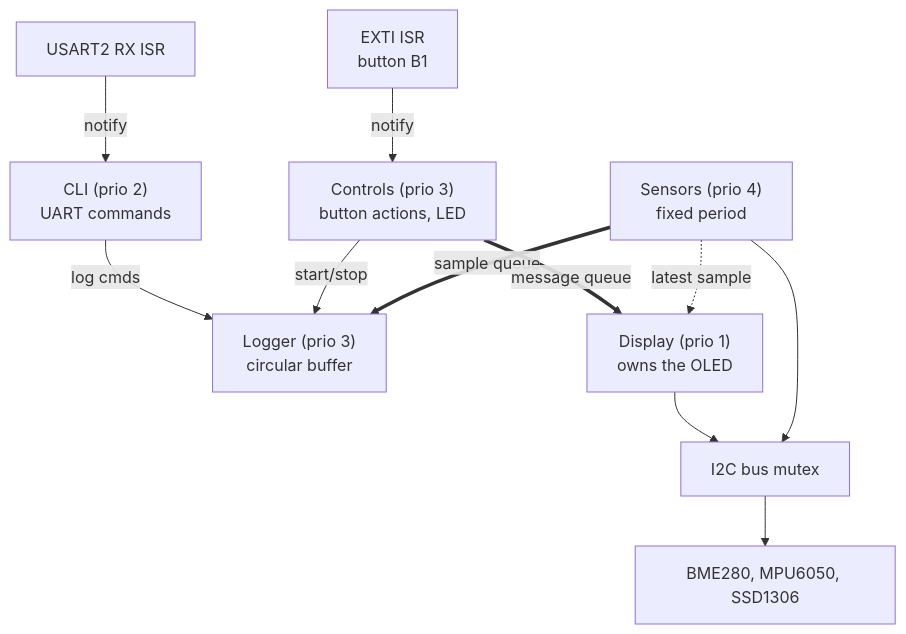
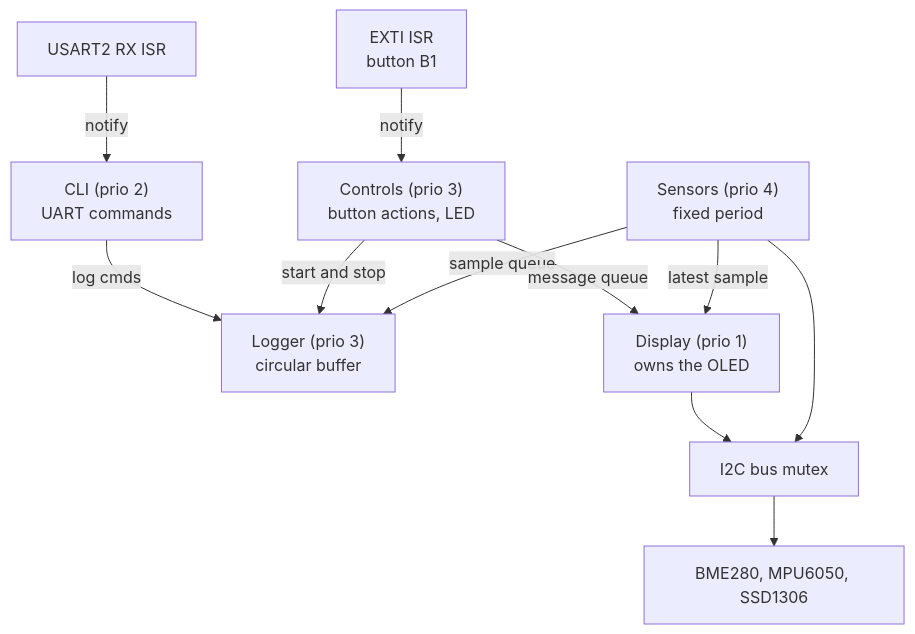
One commit to KKapsimalis1/stm32-sensor-datalogger changed the second of 2 diagrams in README.md. Above: the diagram before and after it, drawn with Mermaid. The commit also changed other lines of this file, not shown here.

Commit message:
Fix mermaid diagrams in README

````diff
--- a/README.md
+++ b/README.md
@@ -96,24 +96,24 @@
 ```mermaid
 flowchart TB
     EXTI["EXTI ISR<br/>button B1"]
     RX["USART2 RX ISR"]
 
     CTRL["Controls (prio 3)<br/>button actions, LED"]
     CLI["CLI (prio 2)<br/>UART commands"]
     SENS["Sensors (prio 4)<br/>fixed period"]
     LOG["Logger (prio 3)<br/>circular buffer"]
     DISP["Display (prio 1)<br/>owns the OLED"]
     BUS["I2C bus mutex"]
     HW["BME280, MPU6050, SSD1306"]
 
     EXTI -->|"notify"| CTRL
     RX -->|"notify"| CLI
-    SENS ==>|"sample queue"| LOG
-    SENS -.->|"latest sample"| DISP
-    CTRL ==>|"message queue"| DISP
-    CTRL -->|"start/stop"| LOG
+    SENS -->|"sample queue"| LOG
+    SENS -->|"latest sample"| DISP
+    CTRL -->|"message queue"| DISP
+    CTRL -->|"start and stop"| LOG
     CLI -->|"log cmds"| LOG
     SENS --> BUS
     DISP --> BUS
     BUS --> HW
 ```
````
